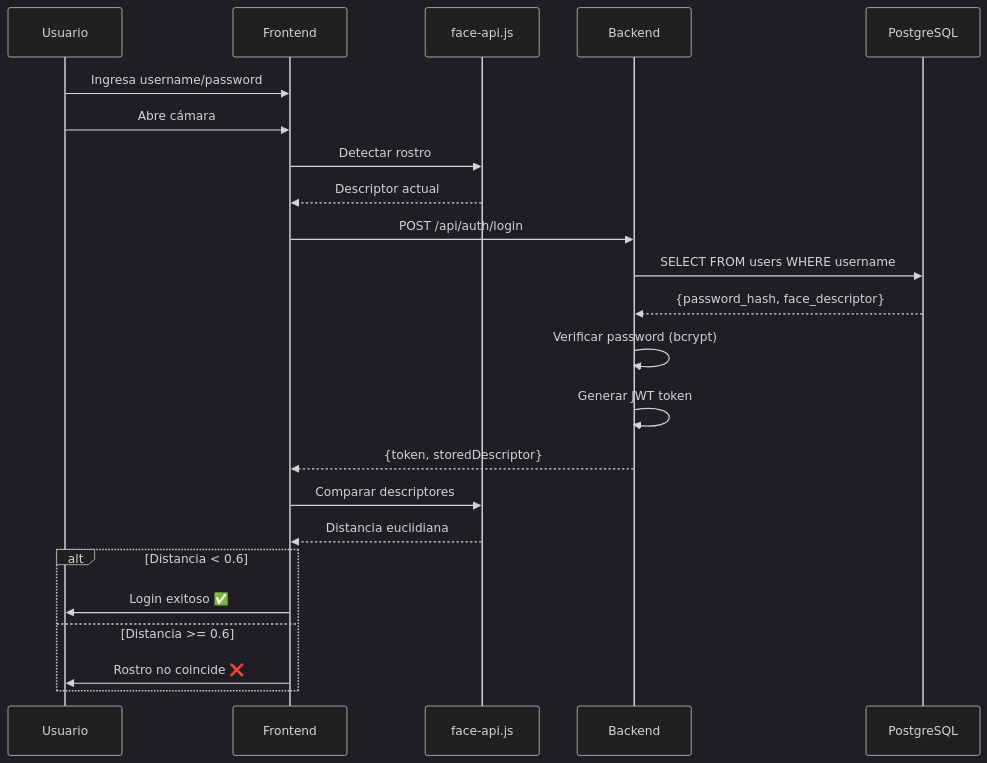
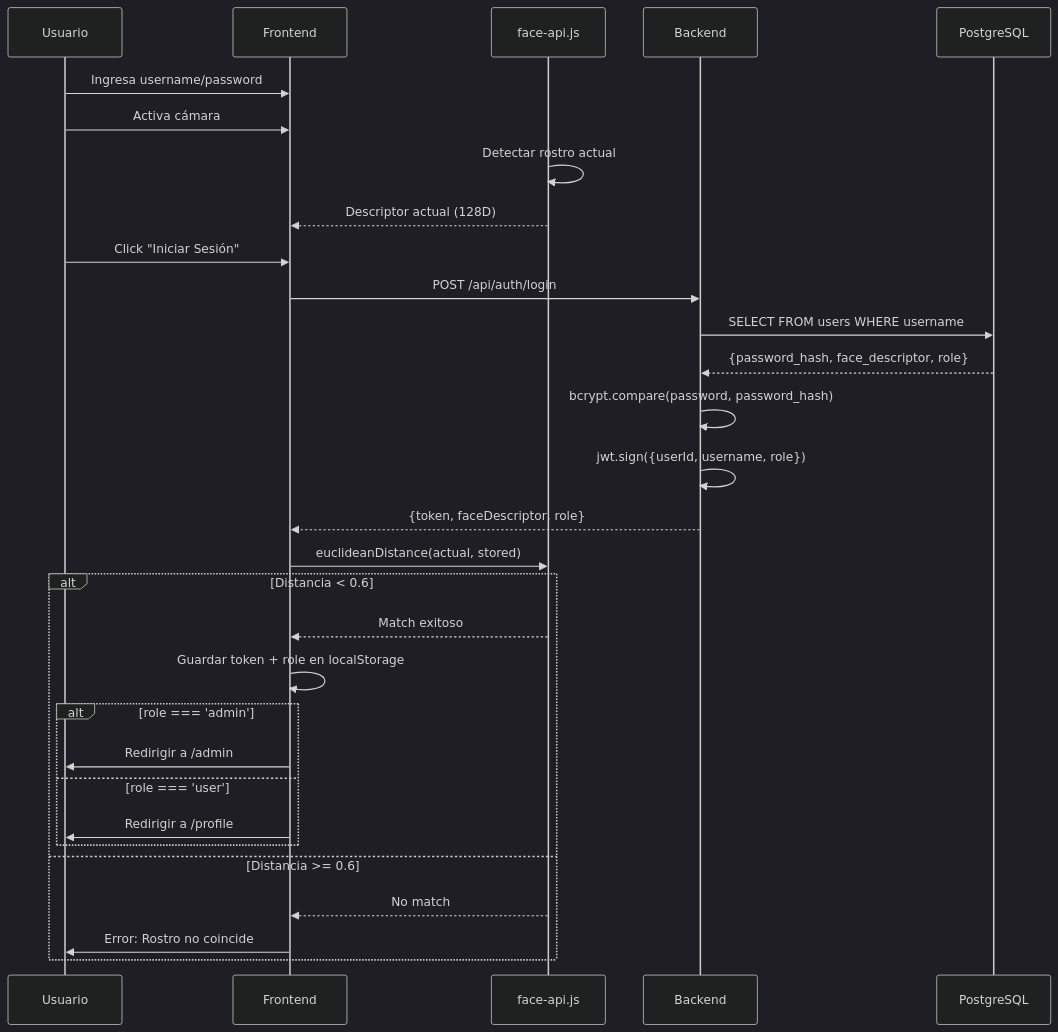
One commit to JoseSanmartin1999/FaceReconigtionLogin_SWSeguro changed the fifth of 6 diagrams in README.md. Above: the diagram before and after it, drawn with Mermaid (dark theme). The commit also changed other lines of this file, not shown here.

````diff
--- a/README.md
+++ b/README.md
@@ -435,30 +782,37 @@
 ```mermaid
 sequenceDiagram
     participant U as Usuario
     participant F as Frontend
     participant FA as face-api.js
     participant B as Backend
     participant DB as PostgreSQL
-
+    
     U->>F: Ingresa username/password
-    U->>F: Abre cámara
-    F->>FA: Detectar rostro
-    FA-->>F: Descriptor actual
+    U->>F: Activa cámara
+    FA->>FA: Detectar rostro actual
+    FA-->>F: Descriptor actual (128D)
     
+    U->>F: Click "Iniciar Sesión"
     F->>B: POST /api/auth/login
     B->>DB: SELECT FROM users WHERE username
-    DB-->>B: {password_hash, face_descriptor}
+    DB-->>B: {password_hash, face_descriptor, role}
     
-    B->>B: Verificar password (bcrypt)
-    B->>B: Generar JWT token
+    B->>B: bcrypt.compare(password, password_hash)
+    B->>B: jwt.sign({userId, username, role})
     
-    B-->>F: {token, storedDescriptor}
-    F->>FA: Comparar descriptores
-    FA-->>F: Distancia euclidiana
+    B-->>F: {token, faceDescriptor, role}
+    F->>FA: euclideanDistance(actual, stored)
     
     alt Distancia < 0.6
-        F->>U: Login exitoso ✅
+        FA-->>F: Match exitoso
+        F->>F: Guardar token + role en localStorage
+        alt role === 'admin'
+            F->>U: Redirigir a /admin
+        else role === 'user'
+            F->>U: Redirigir a /profile
+        end
     else Distancia >= 0.6
-        F->>U: Rostro no coincide ❌
+        FA-->>F: No match
+        F->>U: Error: Rostro no coincide
     end
 ```
````
